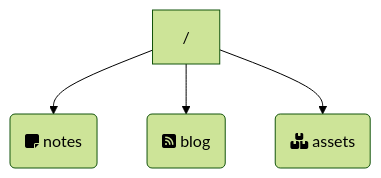
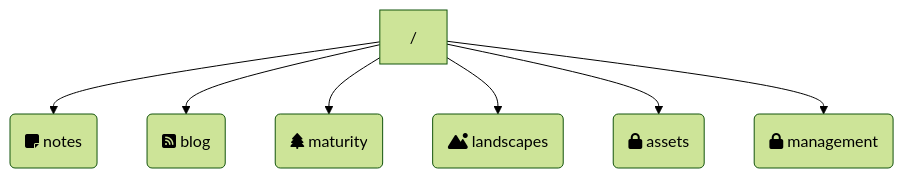
One commit to quantumgardener/quartz changed the diagram in content/notes/Quartz 4.md. Above: the diagram before and after it, drawn with Mermaid (forest theme). The commit also changed other lines of this file and 9 other files, not shown here.

````diff
--- a/content/notes/Quartz 4.md
+++ b/content/notes/Quartz 4.md
@@ -15,6 +15,9 @@
 ```mermaid
 flowchart TD
     A["/"] --> B(fa:fa-note-sticky notes)
     A --> C(fa:fa-square-rss blog)
-    A --> D(fa:fa-boxes-stacked assets)   
+    A --> E(fa:fa-tree maturity)
+    A --> F(fa:fa-mountain-sun landscapes)
+    A --> D(fa:fa-lock assets)
+    A --> G(fa:fa-lock management)
 ```
````
